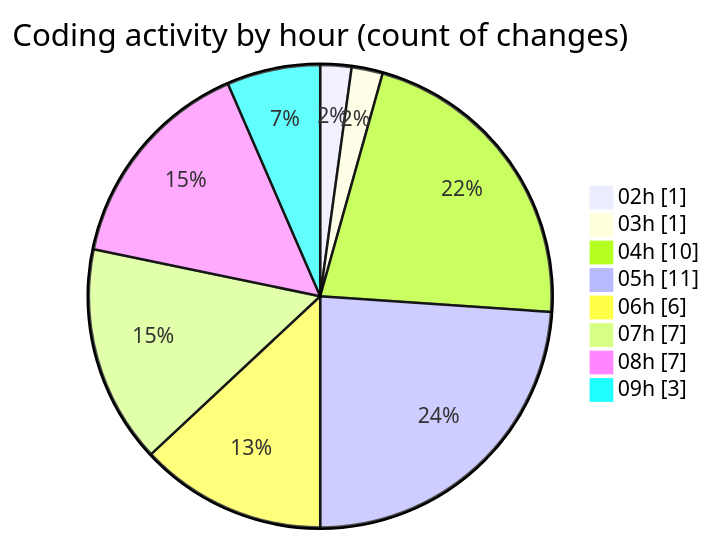
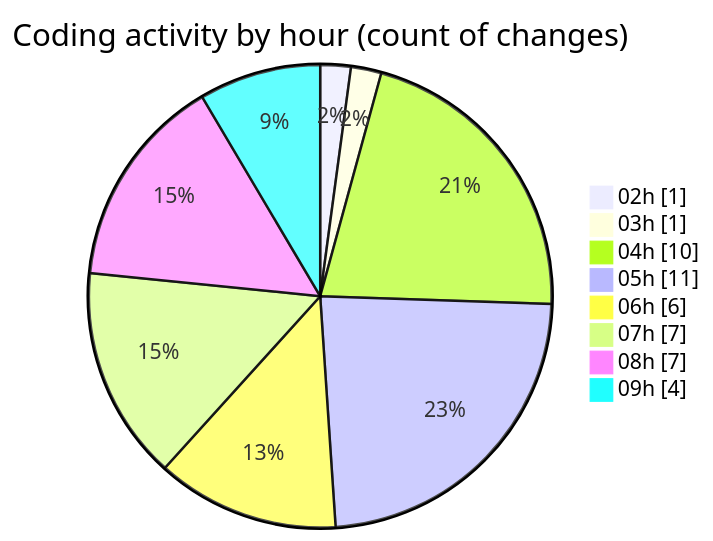
Before and after one commit to julien-gomy/code-tracking: the second of 2 diagrams in 2025-10-31/cdp_aleoudev_fr__workspace_/README.md, drawn with Mermaid. The commit also changed other lines of this file and 1 other file, not shown here.

````diff
--- a/2025-10-31/cdp_aleoudev_fr__workspace_/README.md
+++ b/2025-10-31/cdp_aleoudev_fr__workspace_/README.md
@@ -29,12 +29,12 @@
 ```mermaid
 pie showData
 title Coding activity by hour (count of changes)
 "02h" : 1
 "03h" : 1
 "04h" : 10
 "05h" : 11
 "06h" : 6
 "07h" : 7
 "08h" : 7
-"09h" : 3
+"09h" : 4
 ```
````
